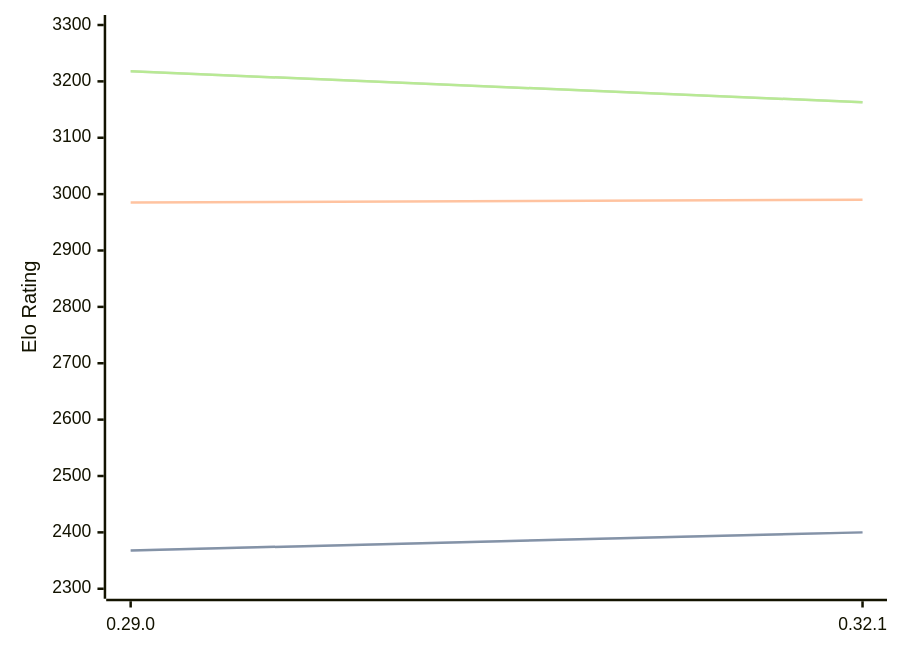
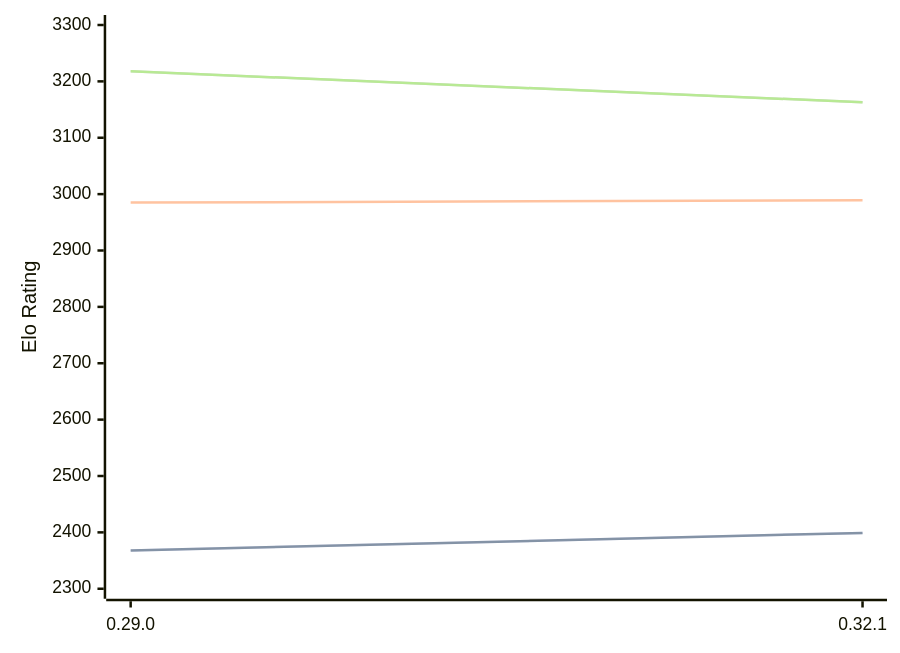
One commit to computer-chess-index/cci changed the diagram in engines/Lc0.md. Above: the diagram before and after it, drawn with Mermaid. The commit also changed other lines of this file, not shown here.

````diff
--- a/engines/Lc0.md
+++ b/engines/Lc0.md
@@ -68,11 +68,11 @@
 ```mermaid
 %%{init: {"theme":"base","themeVariables":{"seriesColors:['#a3a3a3','#222221','#faa371']}}}%%
 xychart-beta
   x-axis ["0.29.0", "0.32.1"]
   y-axis "Elo Rating" 2300 --> 3300
-  line "STC (8.0+0.08s)" [2368, 2400]
-  line "STC (8.0+0.08s)" [2368, 2400]
-  line "LTC (60.0+0.60s)" [2985, 2990]
+  line "STC (8.0+0.08s)" [2368, 2399]
+  line "STC (8.0+0.08s)" [2368, 2399]
+  line "LTC (60.0+0.60s)" [2985, 2989]
   line "VLTC (2m24s+1.12s)" [3218, 3163]
   line "VLTC (2m24s+1.12s)" [3218, 3163]
 ```
````
